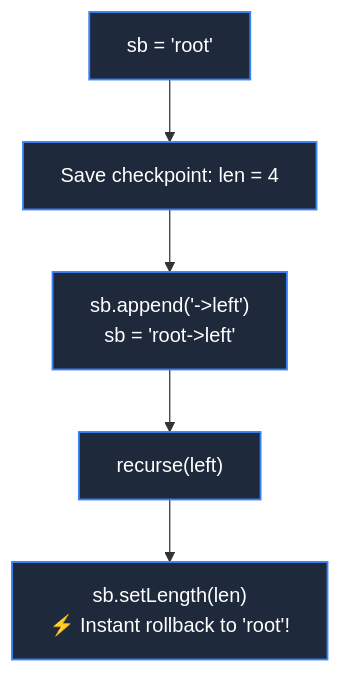
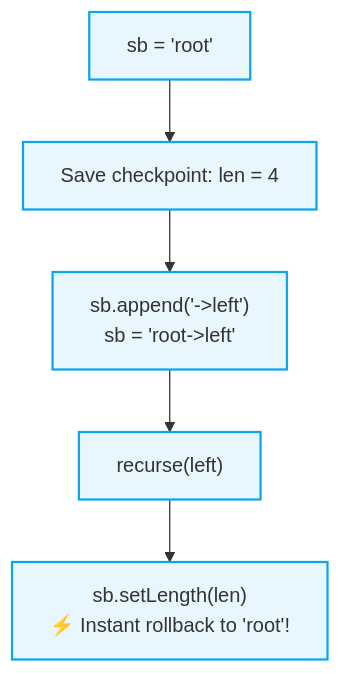
Before and after one commit to abhinavbharti2345/CS_Notes: the second of 2 diagrams in DSA/01. Strings/StringBuilder.md, drawn with Mermaid. The commit also changed other lines of this file and 47 other files, not shown here.

Commit message:
docs: add computer science study notes and generate graphify visualization output

````diff
--- a/DSA/01. Strings/StringBuilder.md
+++ b/DSA/01. Strings/StringBuilder.md
@@ -110,10 +113,10 @@
 ```mermaid
 flowchart TD
     Start["sb = 'root'"] --> Checkpoint["Save checkpoint: len = 4"]
     Checkpoint --> Append["sb.append('->left')<br/>sb = 'root->left'"]
     Append --> Recurse["recurse(left)"]
     Recurse --> Rollback["sb.setLength(len)<br/>⚡ Instant rollback to 'root'!"]
 
-    classDef step fill:#1e293b,stroke:#3b82f6,stroke-width:1.5px,color:#fff;
+    classDef step fill:#0ea5e918,stroke:#0ea5e9,stroke-width:1.8px;
     class Start,Checkpoint,Append,Recurse,Rollback step;
 ```
````
